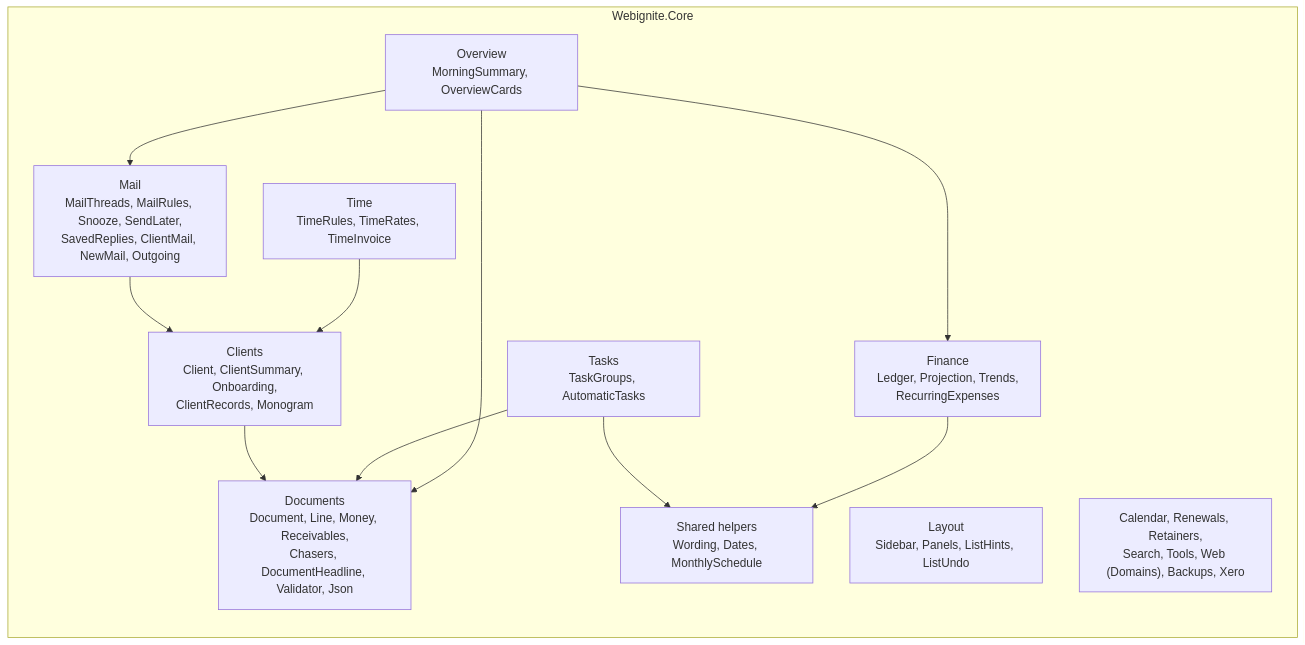
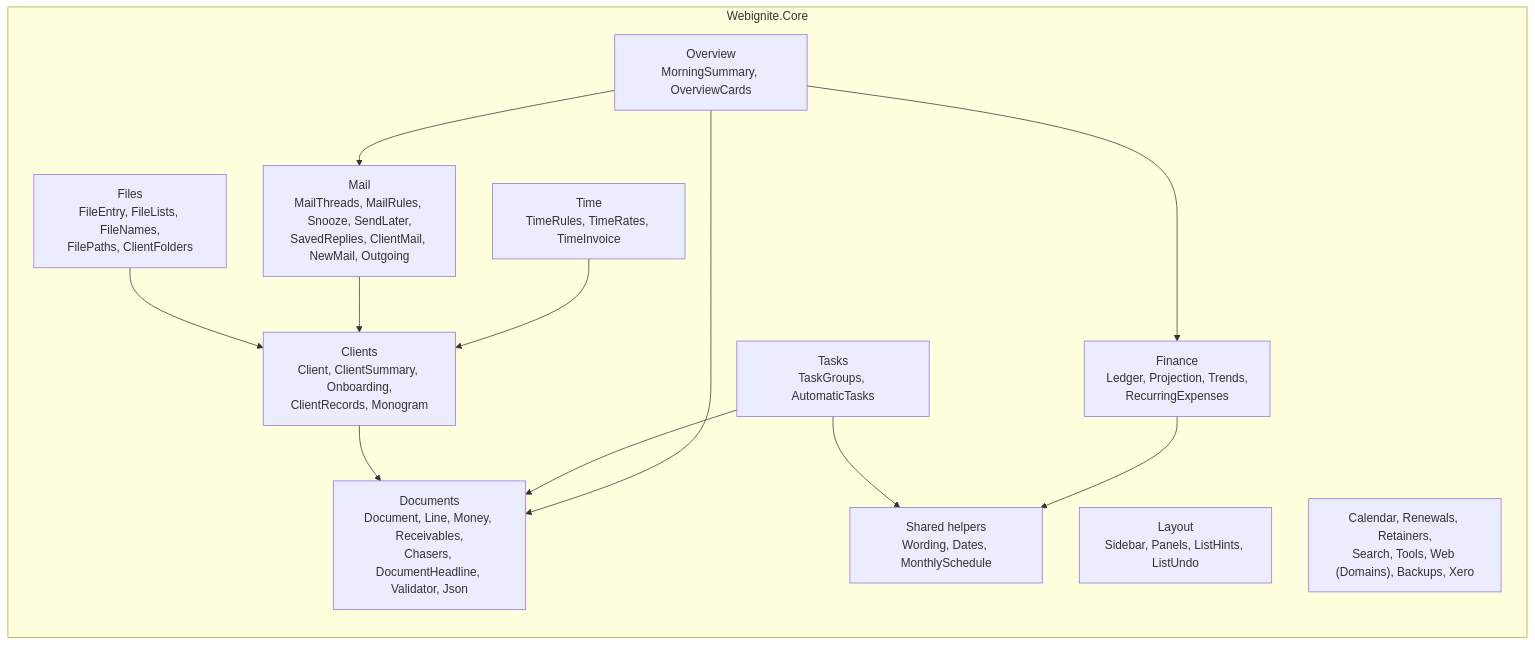
Before and after one commit to EdWebIgnite/Webignite-Desktop: the fourth of 9 diagrams in docs/architecture.md, drawn with Mermaid. The commit also changed other lines of this file and 30 other files, not shown here.

First line of the commit message:
Files: an explorer for the whole PC, with client folders first

````diff
--- a/docs/architecture.md
+++ b/docs/architecture.md
@@ -114,24 +114,26 @@
 ```mermaid
 flowchart LR
     subgraph core["Webignite.Core"]
         documents["Documents<br/>Document, Line, Money, Receivables,<br/>Chasers, DocumentHeadline, Validator, Json"]
         clients["Clients<br/>Client, ClientSummary, Onboarding,<br/>ClientRecords, Monogram"]
         mailc["Mail<br/>MailThreads, MailRules, Snooze, SendLater,<br/>SavedReplies, ClientMail, NewMail, Outgoing"]
         finance["Finance<br/>Ledger, Projection, Trends,<br/>RecurringExpenses"]
         time["Time<br/>TimeRules, TimeRates, TimeInvoice"]
         tasks["Tasks<br/>TaskGroups, AutomaticTasks"]
         overview["Overview<br/>MorningSummary, OverviewCards"]
         layout["Layout<br/>Sidebar, Panels, ListHints, ListUndo"]
         shared["Shared helpers<br/>Wording, Dates, MonthlySchedule"]
+        files["Files<br/>FileEntry, FileLists, FileNames,<br/>FilePaths, ClientFolders"]
         other["Calendar, Renewals, Retainers,<br/>Search, Tools, Web (Domains), Backups, Xero"]
     end
     overview --> documents
     overview --> finance
     overview --> mailc
     tasks --> documents
     clients --> documents
     time --> clients
     mailc --> clients
+    files --> clients
     finance --> shared
     tasks --> shared
 ```
````
